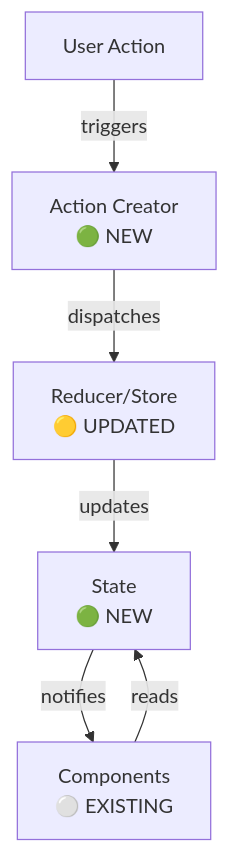
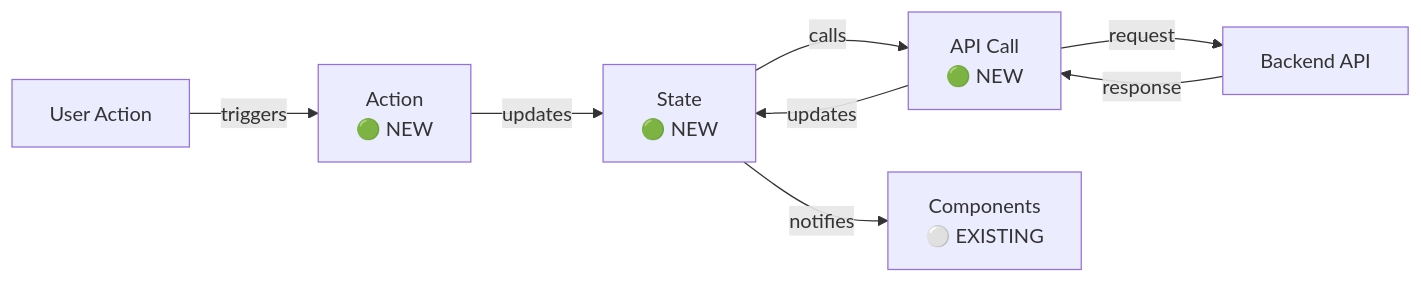
One commit to ajelinek/SpecFlow changed the second of 3 diagrams in vibing/templates/T11c - Implementation Design.md. Above: the diagram before and after it, drawn with Mermaid. The commit also changed other lines of this file and 4 other files, not shown here.

Commit message:
Refined the diagram requirements and excluded css / styling from the implementation details.

````diff
--- a/vibing/templates/T11c - Implementation Design.md
+++ b/vibing/templates/T11c - Implementation Design.md
@@ -47,8 +50,10 @@
 ```mermaid
-graph TD
-    A[User Action] -->|triggers| B[Action Creator<br/>🟢 NEW]
-    B -->|dispatches| C[Reducer/Store<br/>🟡 UPDATED]
-    C -->|updates| D[State<br/>🟢 NEW]
-    D -->|notifies| E[Components<br/>⚪ EXISTING]
-    E -->|reads| D
+graph LR
+    A[User Action] -->|triggers| B[Action<br/>🟢 NEW]
+    B -->|updates| C[State<br/>🟢 NEW]
+    C -->|calls| D[API Call<br/>🟢 NEW]
+    D -->|request| E[Backend API]
+    E -->|response| D
+    D -->|updates| C
+    C -->|notifies| F[Components<br/>⚪ EXISTING]
 ```
````
